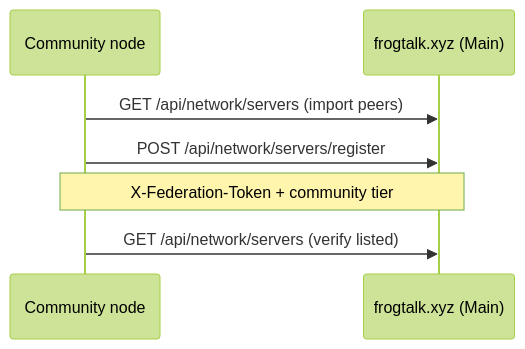
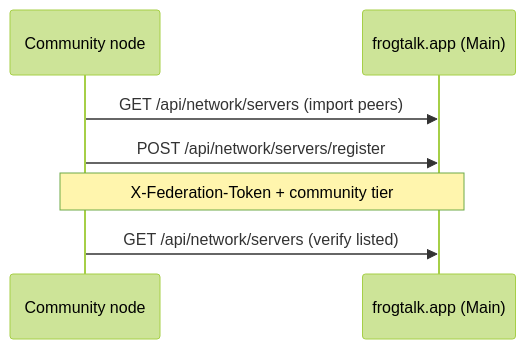
Before and after one commit to deadinternetfox/frogtalk: the diagram in docs/NODE_INSTALL.md, drawn with Mermaid (forest theme). The commit also changed other lines of this file and 42 other files, not shown here.

First line of the commit message:
Migrate canonical domain to frogtalk.app and add node homepage variants.

````diff
--- a/docs/NODE_INSTALL.md
+++ b/docs/NODE_INSTALL.md
@@ -372,10 +372,10 @@
 ```mermaid
 sequenceDiagram
   participant Node as Community node
-  participant Main as frogtalk.xyz (Main)
+  participant Main as frogtalk.app (Main)
 
   Node->>Main: GET /api/network/servers (import peers)
   Node->>Main: POST /api/network/servers/register
   Note over Node,Main: X-Federation-Token + community tier
   Node->>Main: GET /api/network/servers (verify listed)
 ```
````
